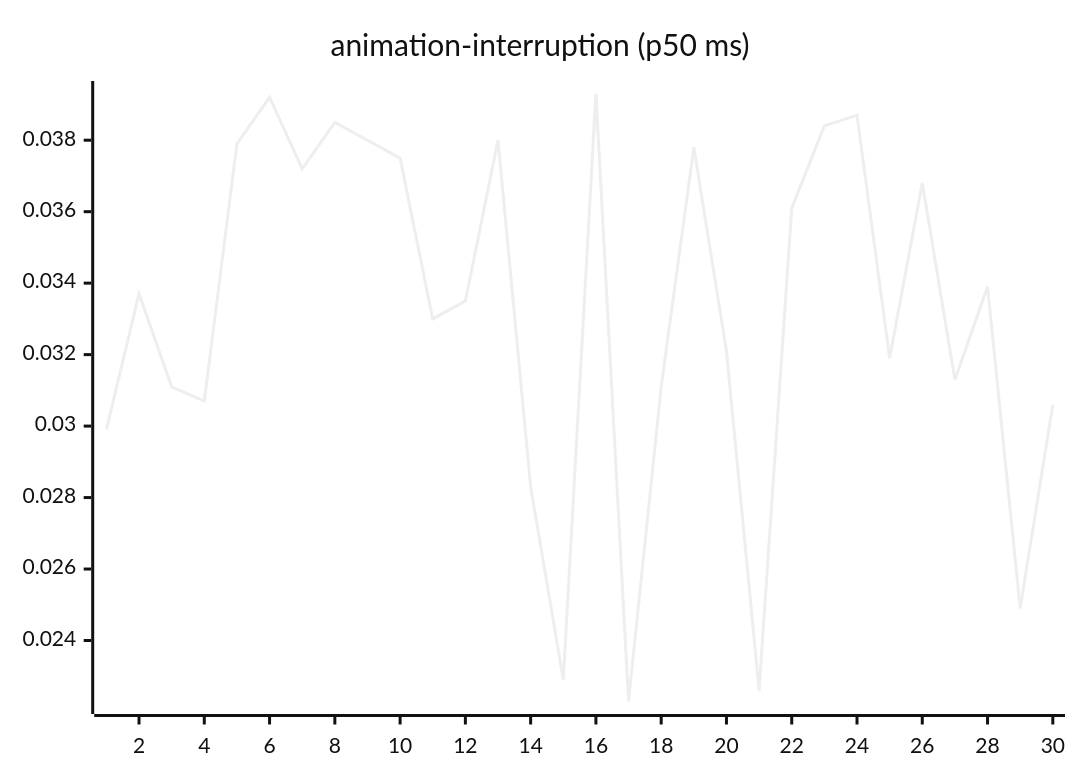
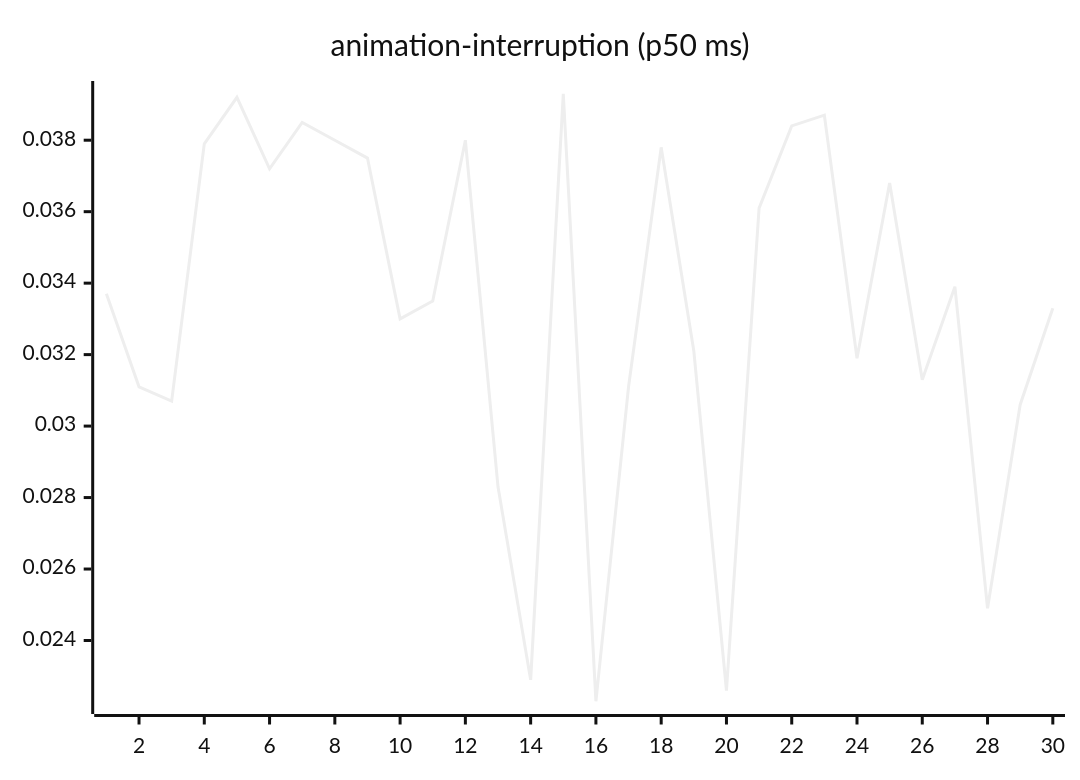
Before and after one commit to josha/Facet: the third of 27 diagrams in README.md, drawn with Mermaid (neutral theme). The commit also changed other lines of this file and 2 other files, not shown here.

````diff
--- a/README.md
+++ b/README.md
@@ -77,6 +77,6 @@
 ```mermaid
 xychart-beta
     title "animation-interruption (p50 ms)"
     x-axis 1 --> 30
-    line [0.0299, 0.0337, 0.0311, 0.0307, 0.0379, 0.0392, 0.0372, 0.0385, 0.0380, 0.0375, 0.0330, 0.0335, 0.0380, 0.0283, 0.0229, 0.0393, 0.0223, 0.0311, 0.0378, 0.0321, 0.0226, 0.0361, 0.0384, 0.0387, 0.0319, 0.0368, 0.0313, 0.0339, 0.0249, 0.0306]
+    line [0.0337, 0.0311, 0.0307, 0.0379, 0.0392, 0.0372, 0.0385, 0.0380, 0.0375, 0.0330, 0.0335, 0.0380, 0.0283, 0.0229, 0.0393, 0.0223, 0.0311, 0.0378, 0.0321, 0.0226, 0.0361, 0.0384, 0.0387, 0.0319, 0.0368, 0.0313, 0.0339, 0.0249, 0.0306, 0.0333]
 ```
````
